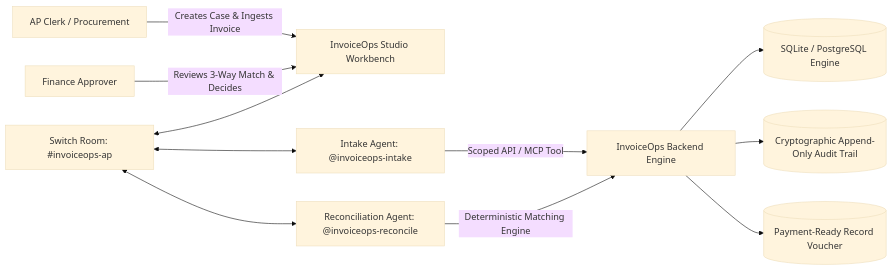
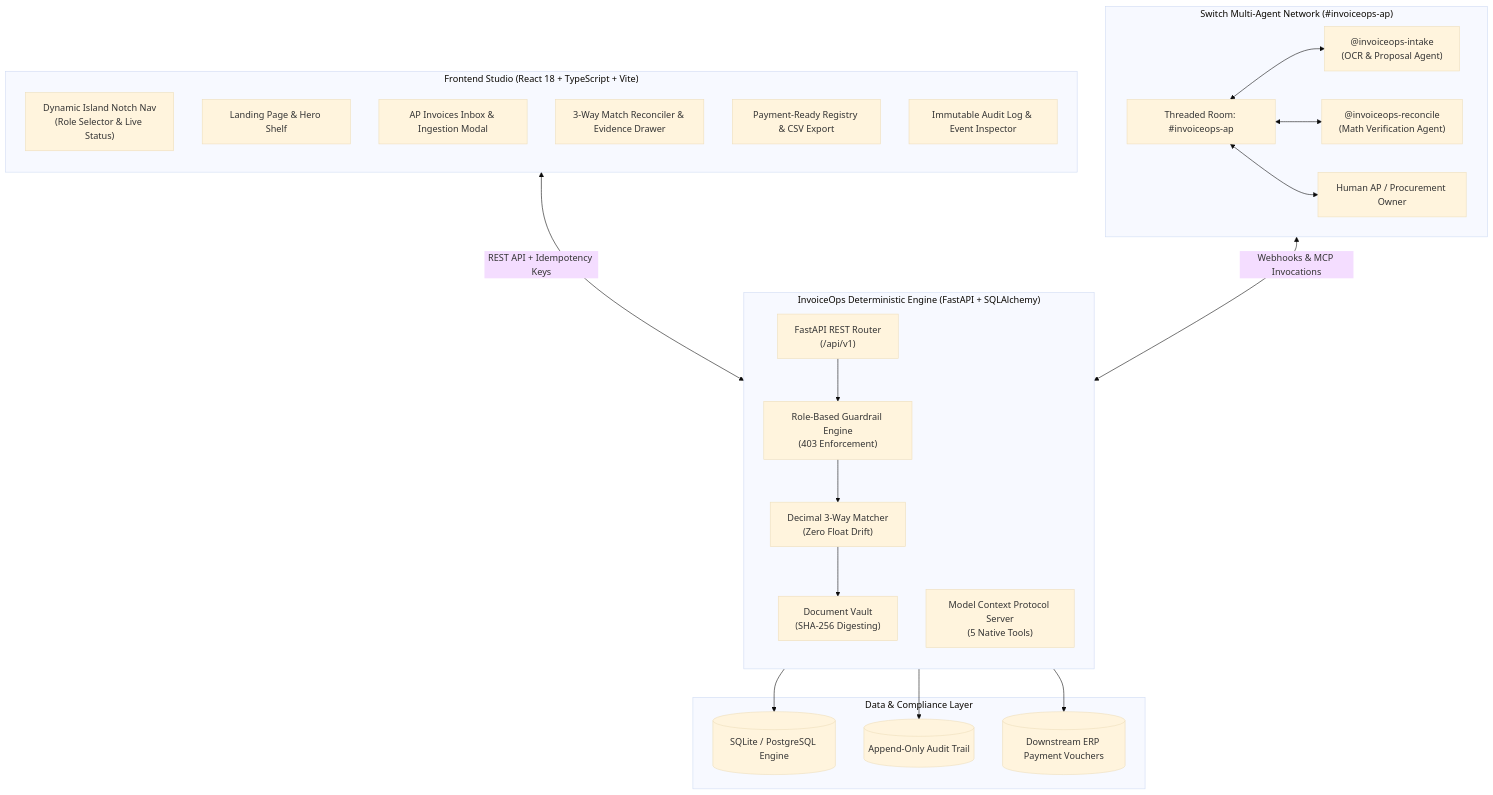
One commit to Mayank-iitj/InvoiceOps changed the first of 2 diagrams in README.md. Above: the diagram before and after it, drawn with Mermaid (base theme). The commit also changed other lines of this file and 124 other files, not shown here.

Commit message:
feat: complete InvoiceOps production release with Switch multi-agent collaboration, deterministic Decimal 3-way matching, Supaste UI, and multi-cloud deployment suite

````diff
--- a/README.md
+++ b/README.md
@@ -15,13 +75,47 @@
 ```mermaid
-flowchart LR
-  AP[AP Clerk / Procurement] -->|Creates Case & Ingests Invoice| UI[InvoiceOps Studio Workbench]
-  FA[Finance Approver] -->|Reviews 3-Way Match & Decides| UI
-  SW[Switch Room: #invoiceops-ap] <--> UI
-  SW <--> A1[Intake Agent: @invoiceops-intake]
-  SW <--> A2[Reconciliation Agent: @invoiceops-reconcile]
-  A1 -->|Scoped API / MCP Tool| API[InvoiceOps Backend Engine]
-  A2 -->|Deterministic Matching Engine| API
-  API --> DB[(SQLite / PostgreSQL Engine)]
-  API --> AUD[(Cryptographic Append-Only Audit Trail)]
-  API --> PR[(Payment-Ready Record Voucher)]
+flowchart TB
+  subgraph ClientLayer["Frontend Studio (React 18 + TypeScript + Vite)"]
+    direction TB
+    NAV["Dynamic Island Notch Nav\n(Role Selector & Live Status)"]
+    LP["Landing Page & Hero Shelf"]
+    IB["AP Invoices Inbox & Ingestion Modal"]
+    DT["3-Way Match Reconciler & Evidence Drawer"]
+    PR["Payment-Ready Registry & CSV Export"]
+    AL["Immutable Audit Log & Event Inspector"]
+  end
+
+  subgraph SwitchLayer["Switch Multi-Agent Network (#invoiceops-ap)"]
+    direction LR
+    ROOM["Threaded Room: #invoiceops-ap"]
+    INTAKE["@invoiceops-intake\n(OCR & Proposal Agent)"]
+    RECON["@invoiceops-reconcile\n(Math Verification Agent)"]
+    HUMAN["Human AP / Procurement Owner"]
+    ROOM <--> INTAKE
+    ROOM <--> RECON
+    ROOM <--> HUMAN
+  end
+
+  subgraph BackendCore["InvoiceOps Deterministic Engine (FastAPI + SQLAlchemy)"]
+    direction TB
+    ROUTER["FastAPI REST Router\n(/api/v1)"]
+    AUTH["Role-Based Guardrail Engine\n(403 Enforcement)"]
+    MATH["Decimal 3-Way Matcher\n(Zero Float Drift)"]
+    MCP["Model Context Protocol Server\n(5 Native Tools)"]
+    SAFE["Document Vault\n(SHA-256 Digesting)"]
+  end
+
+  subgraph StorageLayer["Data & Compliance Layer"]
+    DB[(SQLite / PostgreSQL Engine)]
+    AUDIT[(Append-Only Audit Trail)]
+    EXPORT[(Downstream ERP Payment Vouchers)]
+  end
+
+  ClientLayer <-->|REST API + Idempotency Keys| ROUTER
+  SwitchLayer <-->|Webhooks & MCP Invocations| MCP
+  ROUTER --> AUTH
+  AUTH --> MATH
+  MATH --> SAFE
+  SAFE --> DB
+  SAFE --> AUDIT
+  AUTH --> EXPORT
 ```
````
